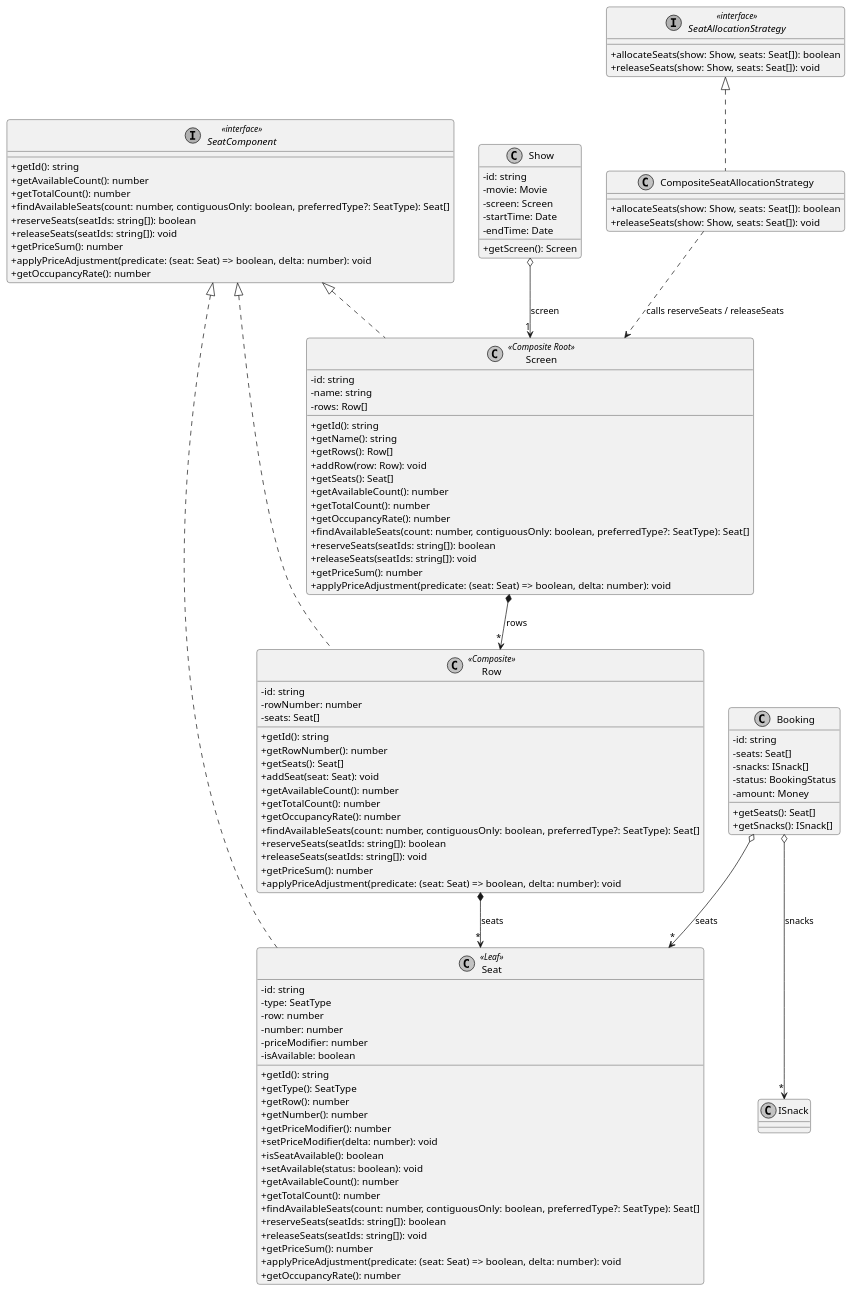
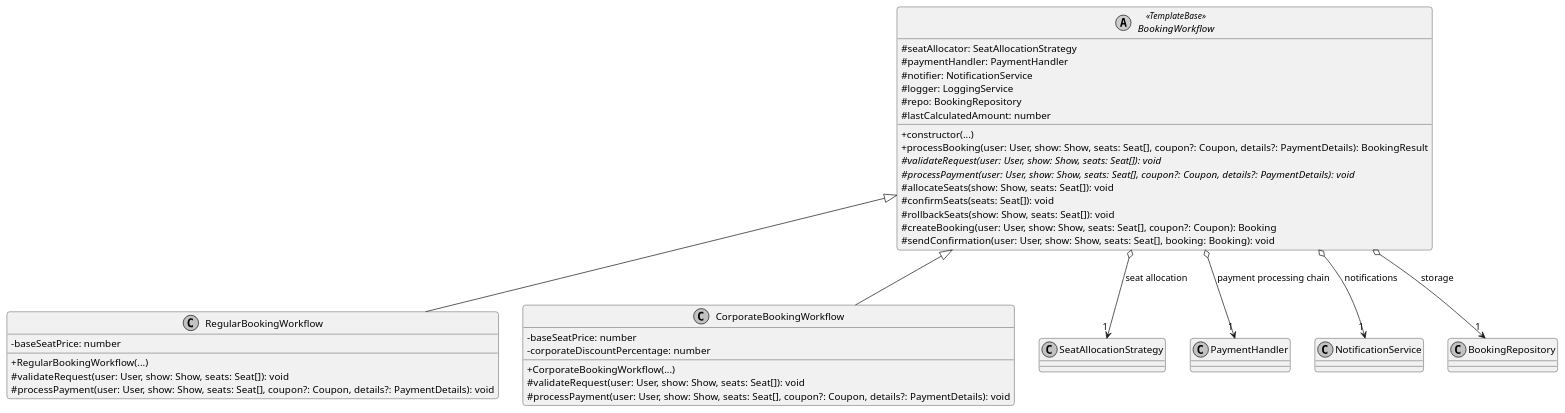
One commit to gurjung/movie-booking-system-lld changed the fifth of 11 diagrams in README.md. Above: the diagram before and after it, drawn with PlantUML. The commit also changed other lines of this file, not shown here.

````diff
--- a/README.md
+++ b/README.md
@@ -687,120 +639,45 @@
 skinparam shadowing false
 skinparam monochrome true
 
-interface SeatComponent <<interface>> {
-    +getId(): string
-    +getAvailableCount(): number
-    +getTotalCount(): number
-    +findAvailableSeats(count: number, contiguousOnly: boolean, preferredType?: SeatType): Seat[]
-    +reserveSeats(seatIds: string[]): boolean
-    +releaseSeats(seatIds: string[]): void
-    +getPriceSum(): number
-    +applyPriceAdjustment(predicate: (seat: Seat) => boolean, delta: number): void
-    +getOccupancyRate(): number
+abstract class BookingWorkflow <<TemplateBase>> {
+    #seatAllocator: SeatAllocationStrategy
+    #paymentHandler: PaymentHandler
+    #notifier: NotificationService
+    #logger: LoggingService
+    #repo: BookingRepository
+    #lastCalculatedAmount: number
+    +constructor(...)
+    +processBooking(user: User, show: Show, seats: Seat[], coupon?: Coupon, details?: PaymentDetails): BookingResult
+    #{abstract} validateRequest(user: User, show: Show, seats: Seat[]): void
+    #{abstract} processPayment(user: User, show: Show, seats: Seat[], coupon?: Coupon, details?: PaymentDetails): void
+    #allocateSeats(show: Show, seats: Seat[]): void
+    #confirmSeats(seats: Seat[]): void
+    #rollbackSeats(show: Show, seats: Seat[]): void
+    #createBooking(user: User, show: Show, seats: Seat[], coupon?: Coupon): Booking
+    #sendConfirmation(user: User, show: Show, seats: Seat[], booking: Booking): void
 }
 
-class Seat <<Leaf>> {
-    -id: string
-    -type: SeatType
-    -row: number
-    -number: number
-    -priceModifier: number
-    -isAvailable: boolean
-    +getId(): string
-    +getType(): SeatType
-    +getRow(): number
-    +getNumber(): number
-    +getPriceModifier(): number
-    +setPriceModifier(delta: number): void
-    +isSeatAvailable(): boolean
-    +setAvailable(status: boolean): void
-    +getAvailableCount(): number
-    +getTotalCount(): number
-    +findAvailableSeats(count: number, contiguousOnly: boolean, preferredType?: SeatType): Seat[]
-    +reserveSeats(seatIds: string[]): boolean
-    +releaseSeats(seatIds: string[]): void
-    +getPriceSum(): number
-    +applyPriceAdjustment(predicate: (seat: Seat) => boolean, delta: number): void
-    +getOccupancyRate(): number
+class RegularBookingWorkflow {
+    -baseSeatPrice: number
+    +RegularBookingWorkflow(...)
+    #validateRequest(user: User, show: Show, seats: Seat[]): void
+    #processPayment(user: User, show: Show, seats: Seat[], coupon?: Coupon, details?: PaymentDetails): void
 }
 
-class Row <<Composite>> {
-    -id: string
-    -rowNumber: number
-    -seats: Seat[]
-    +getId(): string
-    +getRowNumber(): number
-    +getSeats(): Seat[]
-    +addSeat(seat: Seat): void
-    +getAvailableCount(): number
-    +getTotalCount(): number
-    +getOccupancyRate(): number
-    +findAvailableSeats(count: number, contiguousOnly: boolean, preferredType?: SeatType): Seat[]
-    +reserveSeats(seatIds: string[]): boolean
-    +releaseSeats(seatIds: string[]): void
-    +getPriceSum(): number
-    +applyPriceAdjustment(predicate: (seat: Seat) => boolean, delta: number): void
+class CorporateBookingWorkflow {
+    -baseSeatPrice: number
+    -corporateDiscountPercentage: number
+    +CorporateBookingWorkflow(...)
+    #validateRequest(user: User, show: Show, seats: Seat[]): void
+    #processPayment(user: User, show: Show, seats: Seat[], coupon?: Coupon, details?: PaymentDetails): void
 }
 
-class Screen <<Composite Root>> {
-    -id: string
-    -name: string
-    -rows: Row[]
-    +getId(): string
-    +getName(): string
-    +getRows(): Row[]
-    +addRow(row: Row): void
-    +getSeats(): Seat[]
-    +getAvailableCount(): number
-    +getTotalCount(): number
-    +getOccupancyRate(): number
-    +findAvailableSeats(count: number, contiguousOnly: boolean, preferredType?: SeatType): Seat[]
-    +reserveSeats(seatIds: string[]): boolean
-    +releaseSeats(seatIds: string[]): void
-    +getPriceSum(): number
-    +applyPriceAdjustment(predicate: (seat: Seat) => boolean, delta: number): void
-}
+BookingWorkflow <|-- RegularBookingWorkflow
+BookingWorkflow <|-- CorporateBookingWorkflow
 
-SeatComponent <|.. Seat
-SeatComponent <|.. Row
-SeatComponent <|.. Screen
-
-Screen *--> "*" Row : rows
-Row *--> "*" Seat : seats
-
-class Show {
-    -id: string
-    -movie: Movie
-    -screen: Screen
-    -startTime: Date
-    -endTime: Date
-    +getScreen(): Screen
-}
-
-class Booking {
-    -id: string
-    -seats: Seat[]
-    -snacks: ISnack[]
-    -status: BookingStatus
-    -amount: Money
-    +getSeats(): Seat[]
-    +getSnacks(): ISnack[]
-}
-
-interface SeatAllocationStrategy <<interface>> {
-    +allocateSeats(show: Show, seats: Seat[]): boolean
-    +releaseSeats(show: Show, seats: Seat[]): void
-}
-
-class CompositeSeatAllocationStrategy {
-    +allocateSeats(show: Show, seats: Seat[]): boolean
-    +releaseSeats(show: Show, seats: Seat[]): void
-}
-
-Show o--> "1" Screen : screen
-Booking o--> "*" Seat : seats
-Booking o--> "*" ISnack : snacks
-SeatAllocationStrategy <|.. CompositeSeatAllocationStrategy
-CompositeSeatAllocationStrategy ..> Screen : calls reserveSeats / releaseSeats
+BookingWorkflow o--> "1" SeatAllocationStrategy : seat allocation
+BookingWorkflow o--> "1" PaymentHandler : payment processing chain
+BookingWorkflow o--> "1" NotificationService : notifications
+BookingWorkflow o--> "1" BookingRepository : storage
 @enduml
 ```
````
